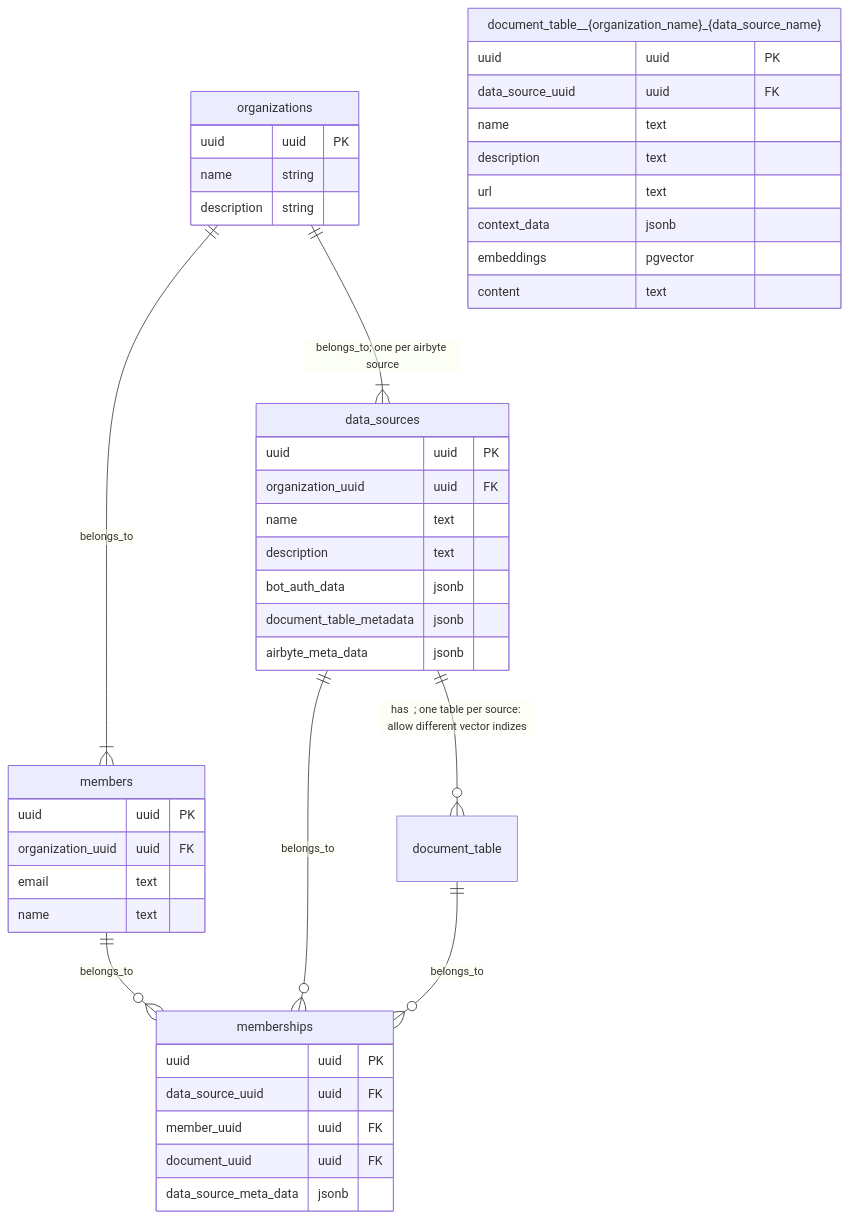
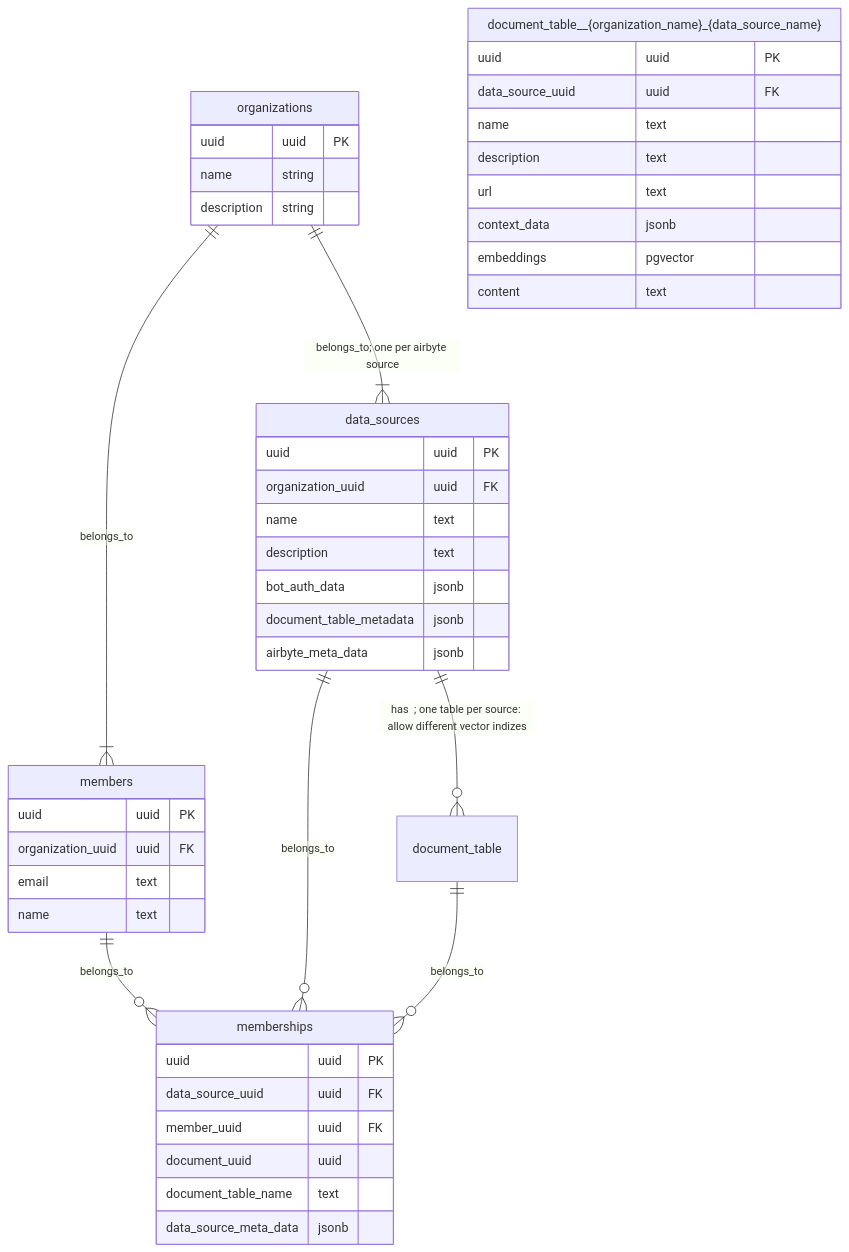
The first of 2 diagrams in README.md (aishe-ai/core), drawn with Mermaid before and after one commit.

Commit message:
readme update

````diff
--- a/README.md
+++ b/README.md
@@ -72,46 +72,47 @@
 ```mermaid
 erDiagram
     organizations ||--|{ data_sources : "belongs_to; one per airbyte source"
     organizations ||--|{ members : "belongs_to"
     data_sources ||--o{ document_table : "has  ; one table per source: allow different vector indizes"
     members ||--o{ memberships : "belongs_to"
     data_sources ||--o{ memberships : "belongs_to"
     document_table ||--o{ memberships : "belongs_to"
     organizations {
         uuid uuid PK
         name string
         description string
     }
     data_sources {
         uuid uuid PK
         organization_uuid uuid FK
         name text
         description text
         bot_auth_data jsonb
         document_table_metadata jsonb
         airbyte_meta_data jsonb
     }
     members {
         uuid uuid PK
         organization_uuid uuid FK
         email text
         name text
     }
     "document_table__{organization_name}_{data_source_name}" {
         uuid uuid PK
         data_source_uuid uuid FK
         name text 
         description text
         url text
         context_data jsonb
         embeddings pgvector
         content text
     }
     memberships {
         uuid uuid PK
         data_source_uuid uuid FK
         member_uuid uuid FK
-        document_uuid uuid FK
+        document_uuid uuid  
+        document_table_name text
         data_source_meta_data jsonb
     }
 ``` 
````
